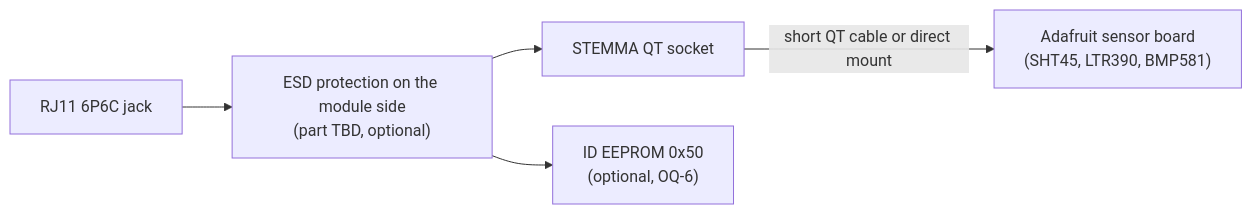
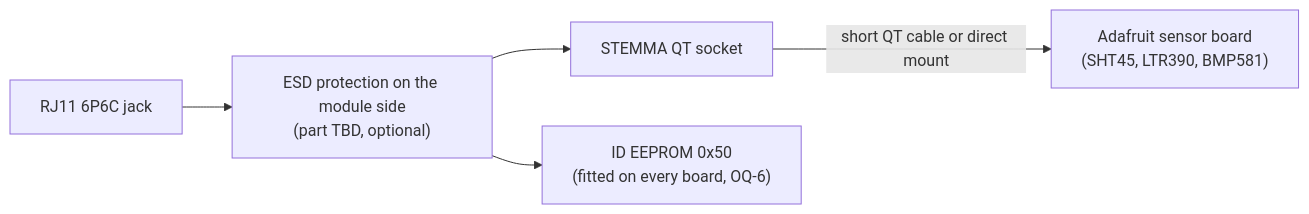
Before and after one commit to clintecker/weather-station-2026: the sixth of 11 diagrams in docs/superpowers/specs/2026-10-21-sensor-module-ports-design.md, drawn with Mermaid. The commit also changed other lines of this file, not shown here.

First line of the commit message:
Spec: ID EEPROM on every module board (OQ-6 decided)

````diff
--- a/docs/superpowers/specs/2026-10-21-sensor-module-ports-design.md
+++ b/docs/superpowers/specs/2026-10-21-sensor-module-ports-design.md
@@ -307,7 +308,7 @@
 ```mermaid
 flowchart LR
   J["RJ11 6P6C jack"] --> ESD["ESD protection on the module side<br/>(part TBD, optional)"]
   ESD --> QT["STEMMA QT socket"]
-  ESD --> EE["ID EEPROM 0x50<br/>(optional, OQ-6)"]
+  ESD --> EE["ID EEPROM 0x50<br/>(fitted on every board, OQ-6)"]
   QT -- "short QT cable or direct mount" --> SB["Adafruit sensor board<br/>(SHT45, LTR390, BMP581)"]
 ```
````
